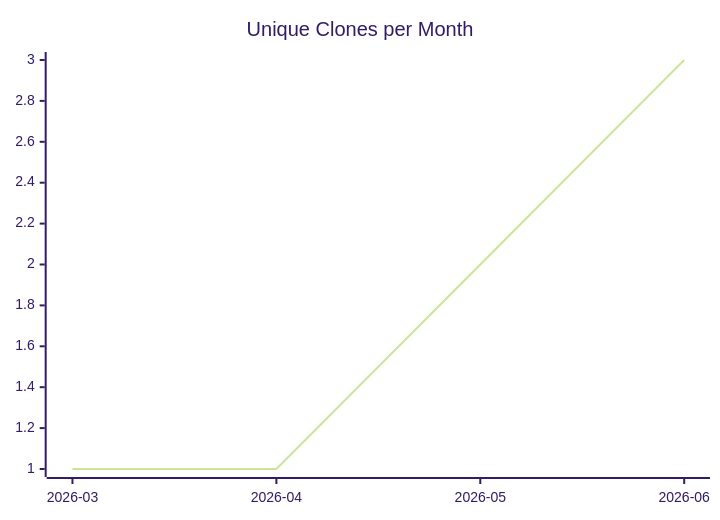
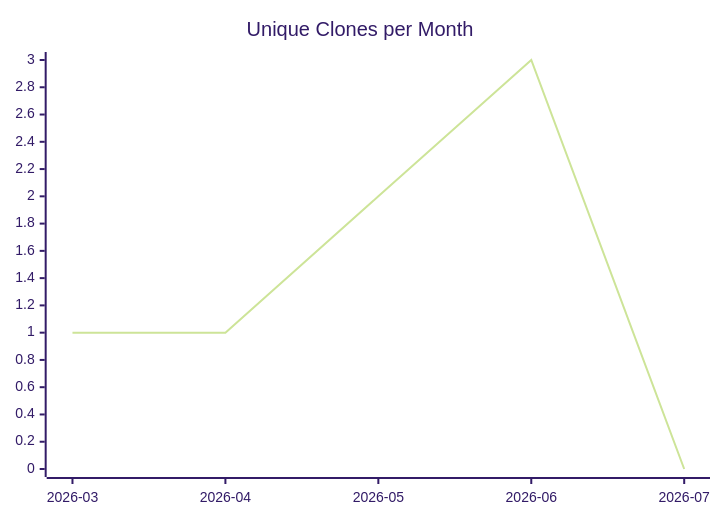
One commit to justdavis-family/github-analytics-data changed the third of 3 diagrams in karlmdavis/ansible-role-acmetool/README.md. Above: the diagram before and after it, drawn with Mermaid (forest theme). The commit also changed other lines of this file and 199 other files, not shown here.

````diff
--- a/karlmdavis/ansible-role-acmetool/README.md
+++ b/karlmdavis/ansible-role-acmetool/README.md
@@ -19,6 +19,6 @@
 ```mermaid
 xychart-beta
   title "Unique Clones per Month"
-  x-axis ["2026-03", "2026-04", "2026-05", "2026-06"]
-  line [1, 1, 2, 3]
+  x-axis ["2026-03", "2026-04", "2026-05", "2026-06", "2026-07"]
+  line [1, 1, 2, 3, 0]
 ```
````
